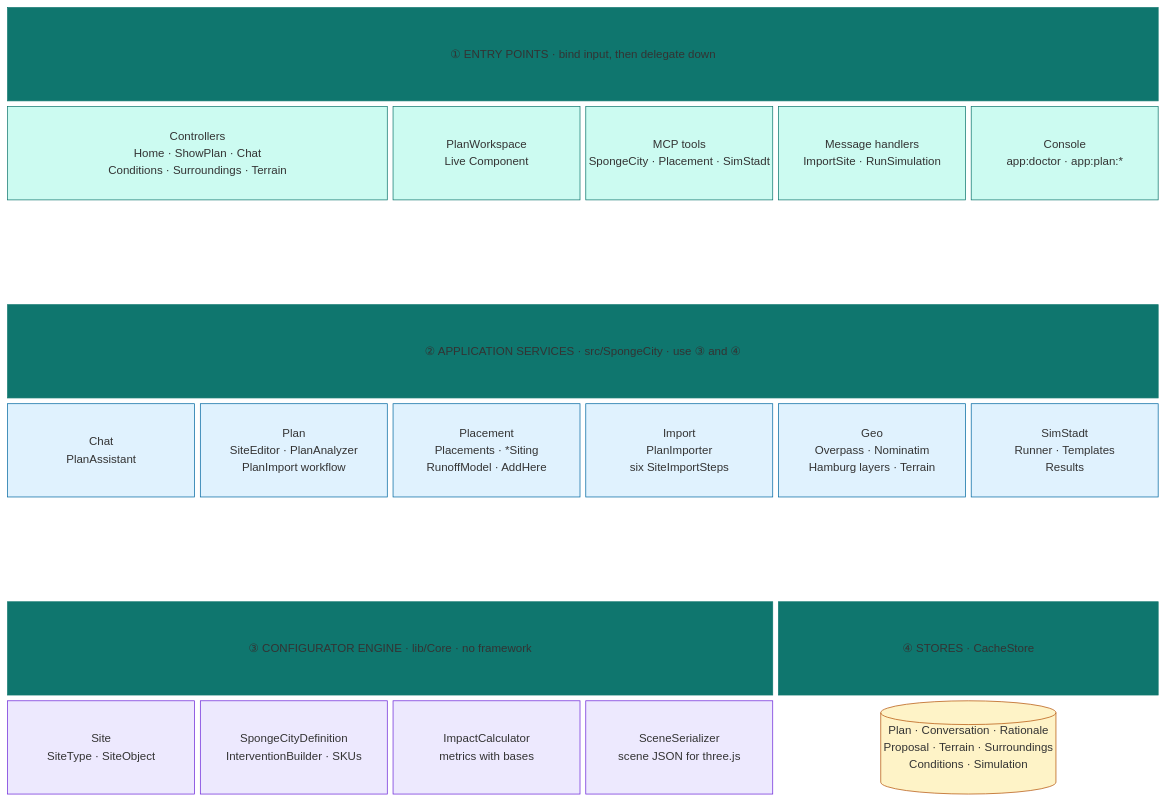
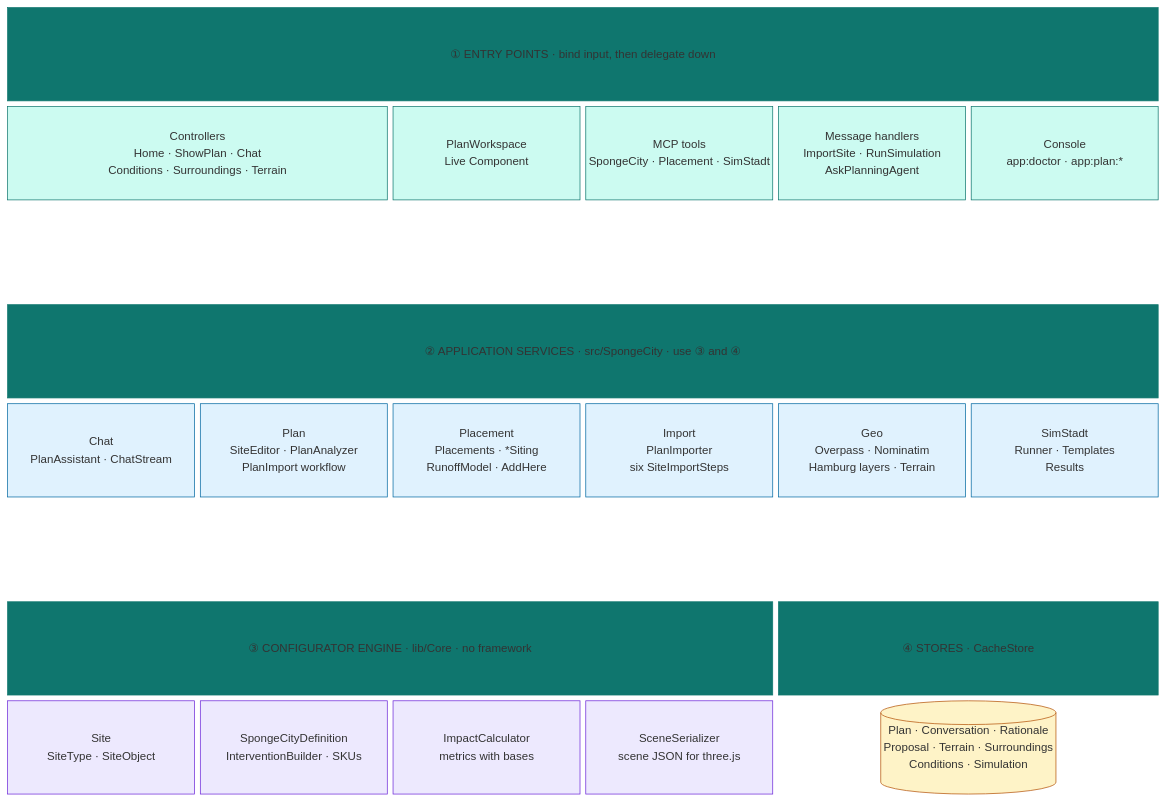
Before and after one commit to davidgorges/spongecity-ai-public: the second of 10 diagrams in docs/overview.md, drawn with Mermaid. The commit also changed other lines of this file and 2 other files, not shown here.

First line of the commit message:
Docs: the chat runs in a worker and replies through Mercure

````diff
--- a/docs/overview.md
+++ b/docs/overview.md
@@ -99,37 +106,37 @@
 ```mermaid
 block-beta
     columns 6
     L1["① ENTRY POINTS · bind input, then delegate down"]:6
     pages["Controllers<br/>Home · ShowPlan · Chat<br/>Conditions · Surroundings · Terrain"]:2
     live["PlanWorkspace<br/>Live Component"]
     mcp["MCP tools<br/>SpongeCity · Placement · SimStadt"]
-    handlers["Message handlers<br/>ImportSite · RunSimulation"]
+    handlers["Message handlers<br/>ImportSite · RunSimulation<br/>AskPlanningAgent"]
     cli["Console<br/>app:doctor · app:plan:*"]
     space:6
     L2["② APPLICATION SERVICES · src/SpongeCity · use ③ and ④"]:6
-    chat["Chat<br/>PlanAssistant"]
+    chat["Chat<br/>PlanAssistant · ChatStream"]
     plan["Plan<br/>SiteEditor · PlanAnalyzer<br/>PlanImport workflow"]
     placement["Placement<br/>Placements · *Siting<br/>RunoffModel · AddHere"]
     import["Import<br/>PlanImporter<br/>six SiteImportSteps"]
     geo["Geo<br/>Overpass · Nominatim<br/>Hamburg layers · Terrain"]
     sim["SimStadt<br/>Runner · Templates<br/>Results"]
     space:6
     L3["③ CONFIGURATOR ENGINE · lib/Core · no framework"]:4
     L4["④ STORES · CacheStore"]:2
     site["Site<br/>SiteType · SiteObject"]
     product["SpongeCityDefinition<br/>InterventionBuilder · SKUs"]
     impact["ImpactCalculator<br/>metrics with bases"]
     scene["SceneSerializer<br/>scene JSON for three.js"]
     stores[("Plan · Conversation · Rationale<br/>Proposal · Terrain · Surroundings<br/>Conditions · Simulation")]:2
 
     classDef head fill:#0f766e,stroke:#0f766e,color:#ffffff
     classDef entry fill:#ccfbf1,stroke:#0f766e,color:#042f2e
     classDef svc fill:#e0f2fe,stroke:#0369a1,color:#082f49
     classDef eng fill:#ede9fe,stroke:#6d28d9,color:#2e1065
     classDef data fill:#fef3c7,stroke:#b45309,color:#451a03
     class L1,L2,L3,L4 head
     class pages,live,mcp,cli,handlers entry
     class chat,plan,placement,import,geo,sim svc
     class site,product,impact,scene eng
     class stores data
 ```
````
